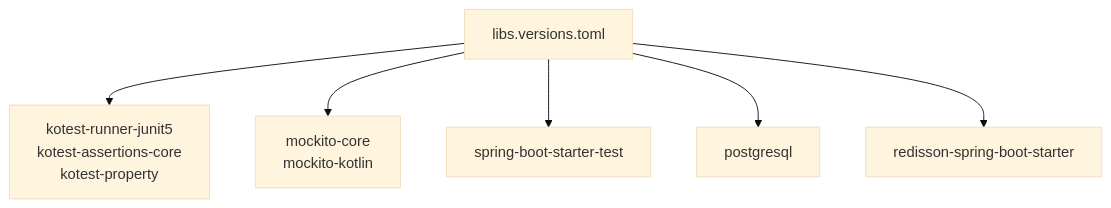
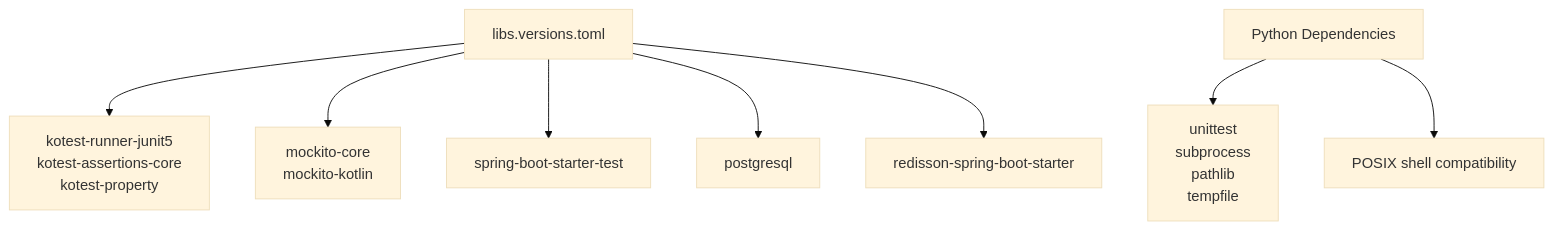
Before and after one commit to ddd-mall/j-store: diagram 12 of 12 in .qoder/repowiki/en/content/Testing Strategy & Implementation/Testing Strategy & Implementation.md, drawn with Mermaid (base theme). The commit also changed other lines of this file and 278 other files, not shown here.

````diff
--- a/.qoder/repowiki/en/content/Testing Strategy & Implementation/Testing Strategy & Implementation.md
+++ b/.qoder/repowiki/en/content/Testing Strategy & Implementation/Testing Strategy & Implementation.md
@@ -384,8 +475,10 @@
 ```mermaid
 graph TB
 Versions["libs.versions.toml"] --> Kotest["kotest-runner-junit5<br/>kotest-assertions-core<br/>kotest-property"]
 Versions --> Mockito["mockito-core<br/>mockito-kotlin"]
 Versions --> SpringTest["spring-boot-starter-test"]
 Versions --> Postgres["postgresql"]
 Versions --> Redisson["redisson-spring-boot-starter"]
+Tooling["Python Dependencies"] --> Unittest["unittest<br/>subprocess<br/>pathlib<br/>tempfile"]
+Tooling --> Shell["POSIX shell compatibility"]
 ```
````
